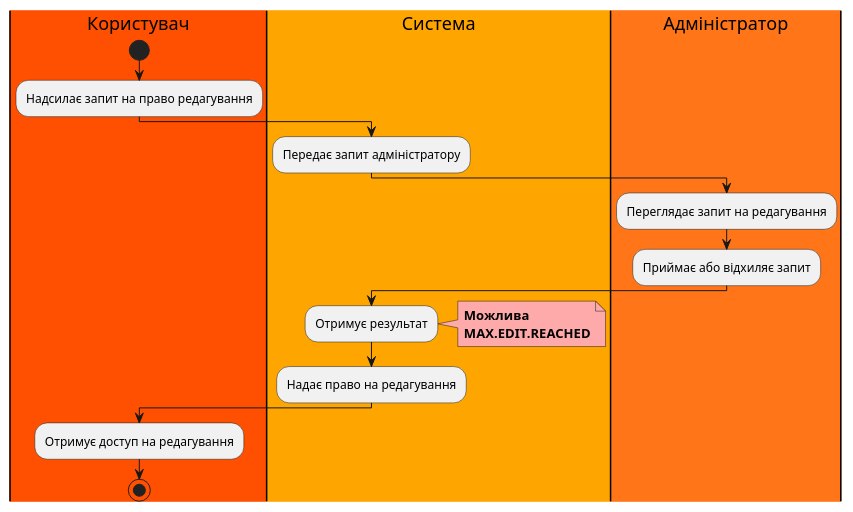
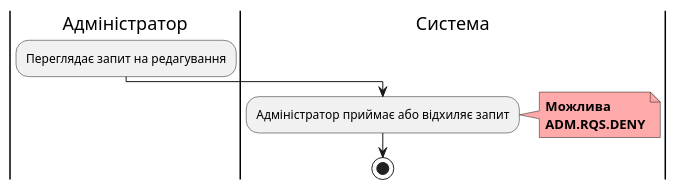
Diagram 11 of 17 in docs/use cases/README.md (m1guelten/edu-db-cw), drawn with PlantUML before and after one commit. The commit also changed other lines of this file, not shown here.

```diff
--- a/docs/use cases/README.md
+++ b/docs/use cases/README.md
@@ -355,21 +339,16 @@
 @startuml
 
-|#FF4F00|Користувач|
-start
-:Надсилає запит на право редагування;
-|#FFA500|Система|
-:Передає запит адміністратору;
-|#FF7518|Адміністратор|
+
+|Адміністратор|
 :Переглядає запит на редагування;
-:Приймає або відхиляє запит;
+
 |Система|
-:Отримує результат;
+:Адміністратор приймає або відхиляє запит;
 note right #ffaaaa
 <b>Можлива</b>
-<b>MAX.EDIT.REACHED</b>
+<b>ADM.RQS.DENY</b>
 end note
-:Надає право на редагування;
-|Користувач|
-:Отримує доступ на редагування;
+
+
 stop;
 @enduml
```
